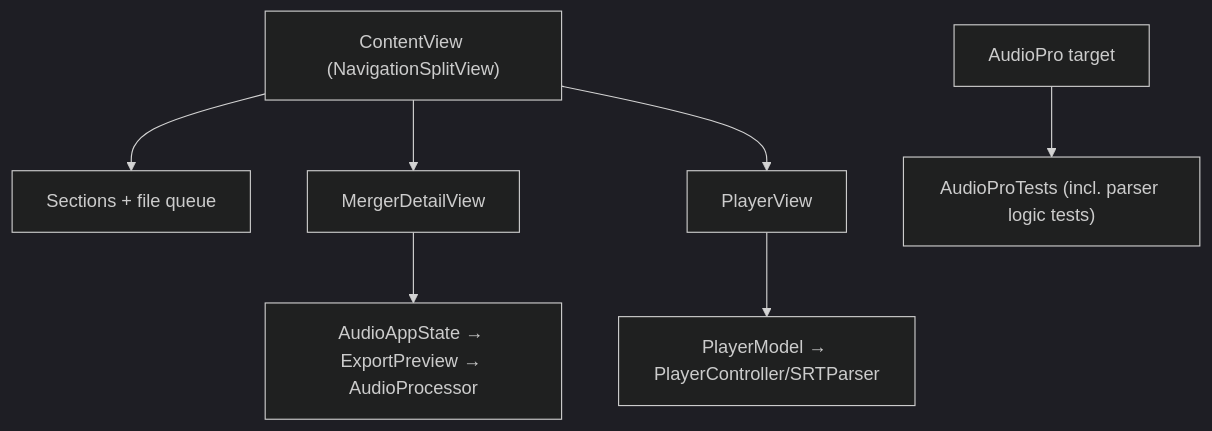
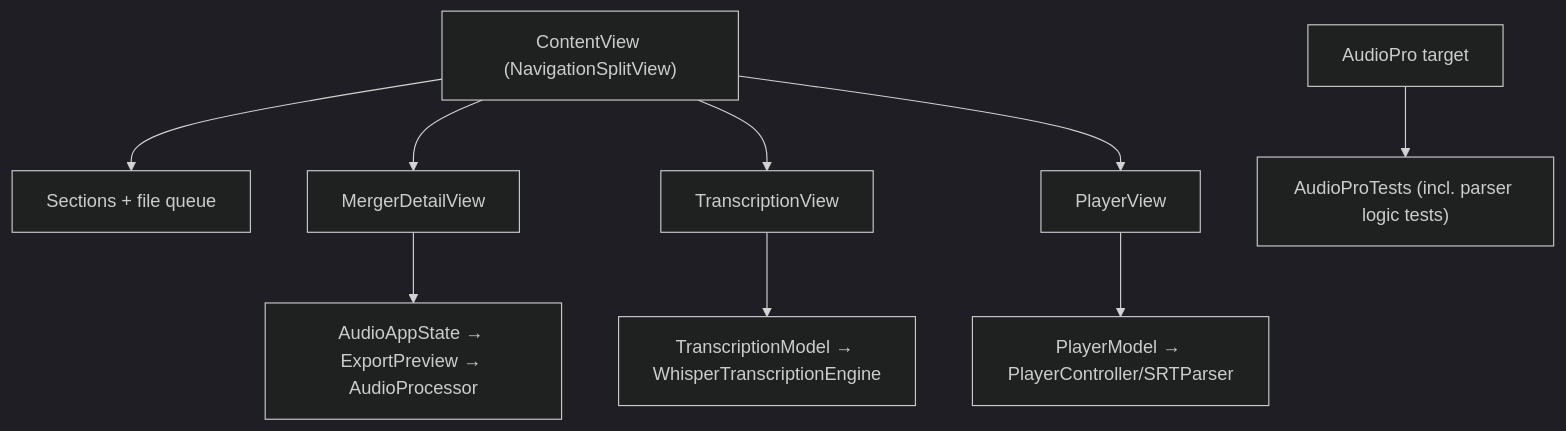
One commit to CometaSensitiva/AudioPro changed the first of 8 diagrams in docs/architecture.md. Above: the diagram before and after it, drawn with Mermaid (dark theme). The commit also changed other lines of this file and 38 other files, not shown here.

````diff
--- a/docs/architecture.md
+++ b/docs/architecture.md
@@ -5,9 +5,11 @@
 ```mermaid
 flowchart TD
     CV["ContentView (NavigationSplitView)"] --> Sidebar["Sections + file queue"]
     CV --> Merger["MergerDetailView"]
+    CV --> Transcription["TranscriptionView"]
     CV --> Player["PlayerView"]
     Merger --> State["AudioAppState → ExportPreview → AudioProcessor"]
+    Transcription --> TM["TranscriptionModel → WhisperTranscriptionEngine"]
     Player --> PM["PlayerModel → PlayerController/SRTParser"]
     AudioPro["AudioPro target"] --> AudioTests["AudioProTests (incl. parser logic tests)"]
 ```
````
